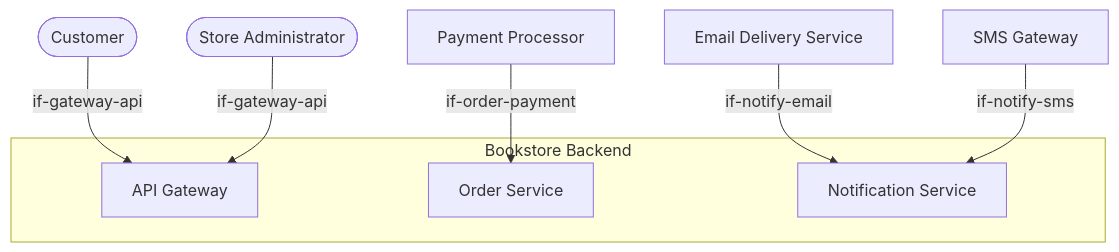
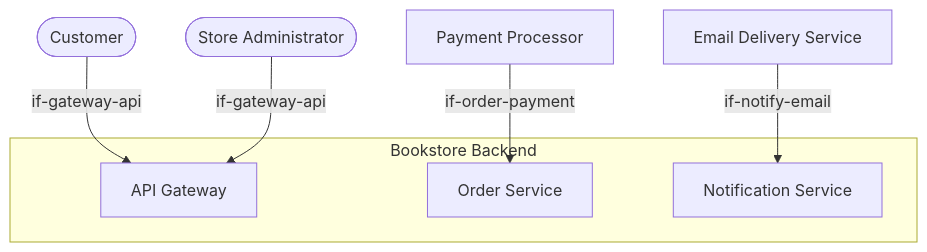
One commit to docToolchain/arc42-language changed the diagram in examples/bookstore-backend/03-context.arc42.md. Above: the diagram before and after it, drawn with Mermaid. The commit also changed other lines of this file and 1 other file, not shown here.

First line of the commit message:
chore: retire SMS notifications and move to SQS FIFO

````diff
--- a/examples/bookstore-backend/03-context.arc42.md
+++ b/examples/bookstore-backend/03-context.arc42.md
@@ -13,20 +13,18 @@
 ```mermaid
 graph TD
     actor-customer(["Customer"])
     actor-admin(["Store Administrator"])
     actor-payment["Payment Processor"]
     actor-email["Email Delivery Service"]
-    actor-sms["SMS Gateway"]
 
     subgraph system["Bookstore Backend"]
         bb-api-gateway["API Gateway"]
         bb-order-service["Order Service"]
         bb-notification-service["Notification Service"]
     end
 
     actor-customer -->|"if-gateway-api"| bb-api-gateway
     actor-admin -->|"if-gateway-api"| bb-api-gateway
     actor-payment -->|"if-order-payment"| bb-order-service
     actor-email -->|"if-notify-email"| bb-notification-service
-    actor-sms -->|"if-notify-sms"| bb-notification-service
 ```
````
